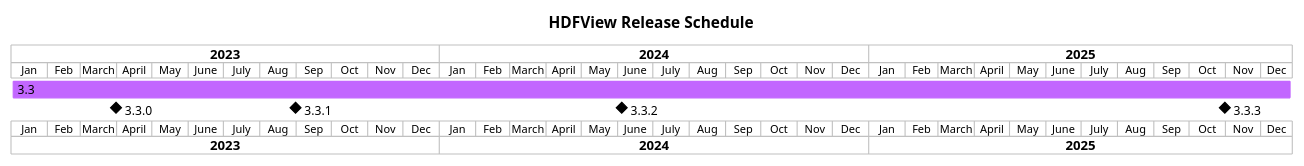
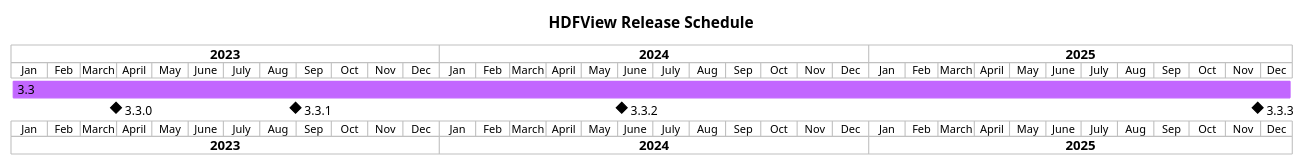
One commit to HDFGroup/hdfview changed the diagram in docs/img/release-schedule.plantuml. Above: the diagram before and after it, drawn with PlantUML. The commit also changed 1 other file, not shown here.

Commit message:
Updated release timeline to end of November

```diff
--- a/docs/img/release-schedule.plantuml
+++ b/docs/img/release-schedule.plantuml
@@ -5,18 +5,18 @@
 @startgantt
 
 title HDFView Release Schedule
 
 projectscale monthly
 Project starts 2023-01-01
 
 [3.3] starts 2023-01-01 and lasts 156 weeks
 [3.3.0] happens 2023-03-31
 [3.3.1] happens 2023-08-31
 [3.3.2] happens 2024-06-04
-[3.3.3] happens 2025-10-31
+[3.3.3] happens 2025-11-28
 [3.3.1] displays on same row as [3.3.0]
 [3.3.2] displays on same row as [3.3.0]
 [3.3.3] displays on same row as [3.3.0]
 [3.3] is colored in #C266FF
 
 @endgantt
```
